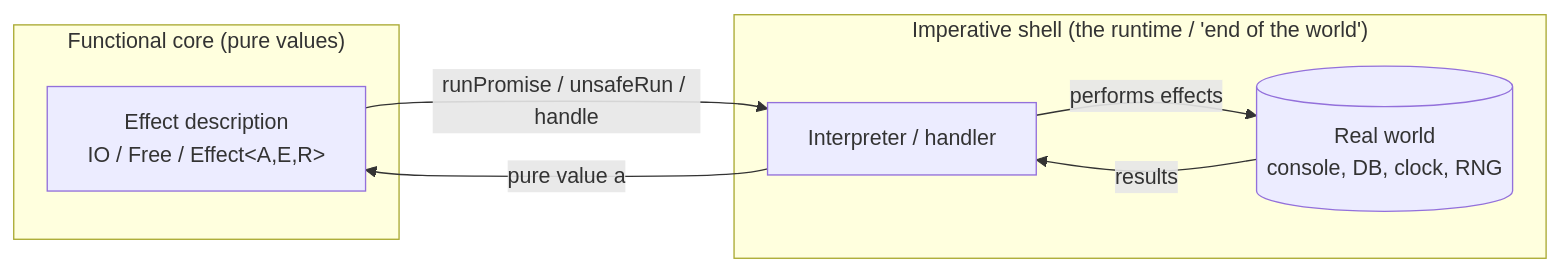
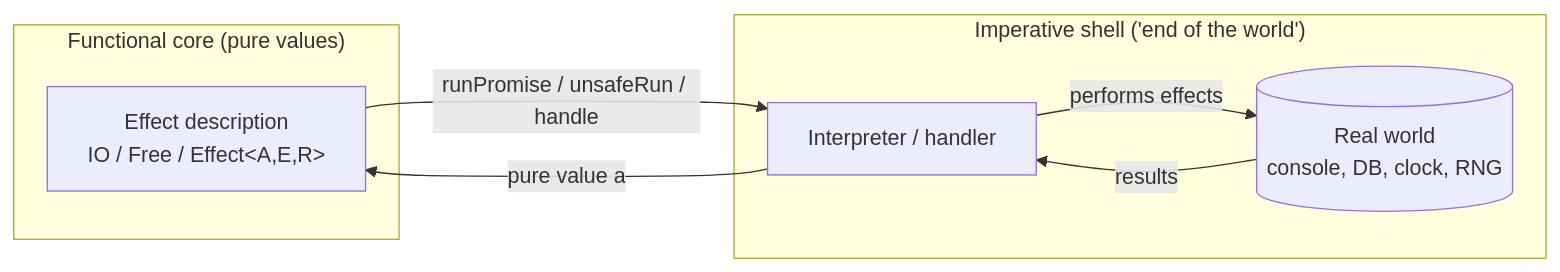
Before and after one commit to bakhod1r/SeniorProject: the first of 2 diagrams in Roadmap/Programming-Languages/code-craft/clean-code/15-pure-functions/professional.md, drawn with Mermaid. The commit also changed other lines of this file and 3 other files, not shown here.

````diff
--- a/Roadmap/Programming-Languages/code-craft/clean-code/15-pure-functions/professional.md
+++ b/Roadmap/Programming-Languages/code-craft/clean-code/15-pure-functions/professional.md
@@ -125,14 +125,14 @@
 ```mermaid
 flowchart LR
     subgraph Core["Functional core (pure values)"]
         D["Effect description<br/>IO / Free / Effect&lt;A,E,R&gt;"]
     end
-    subgraph Shell["Imperative shell (the runtime / 'end of the world')"]
+    subgraph Shell["Imperative shell ('end of the world')"]
         I["Interpreter / handler"]
         W[("Real world<br/>console, DB, clock, RNG")]
     end
     D -->|"runPromise / unsafeRun / handle"| I
     I -->|performs effects| W
     W -->|results| I
     I -->|"pure value a"| D
 ```
````
